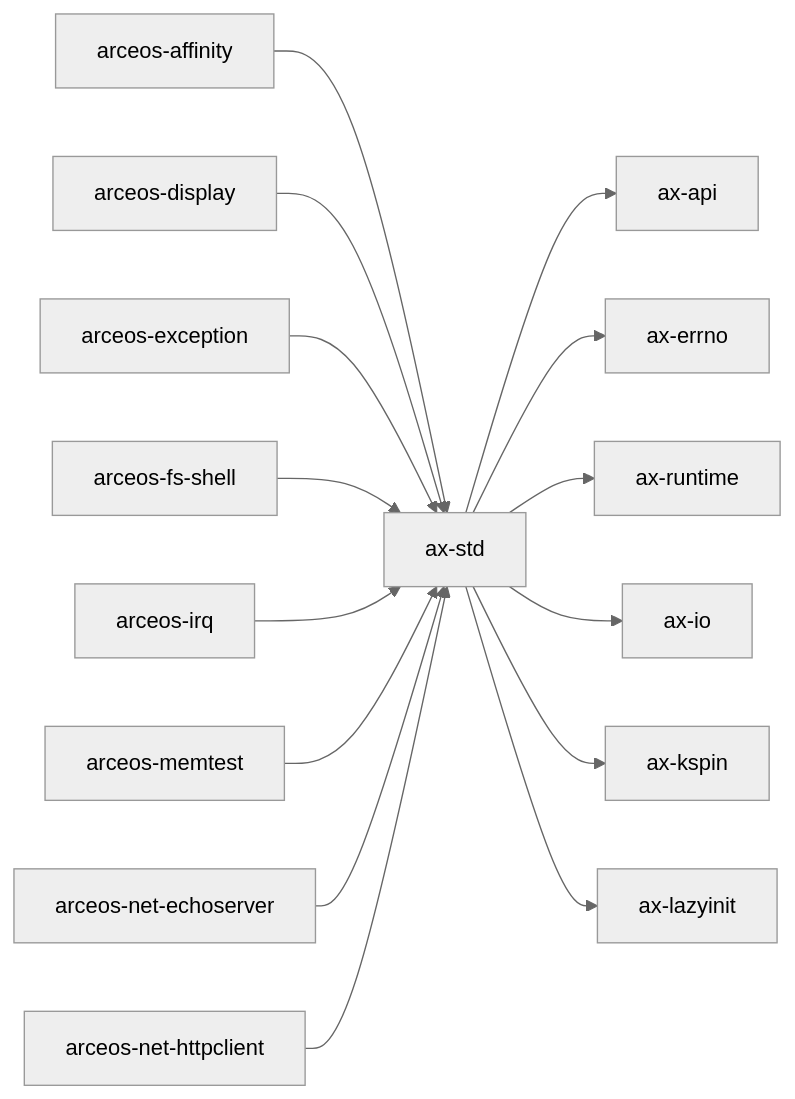
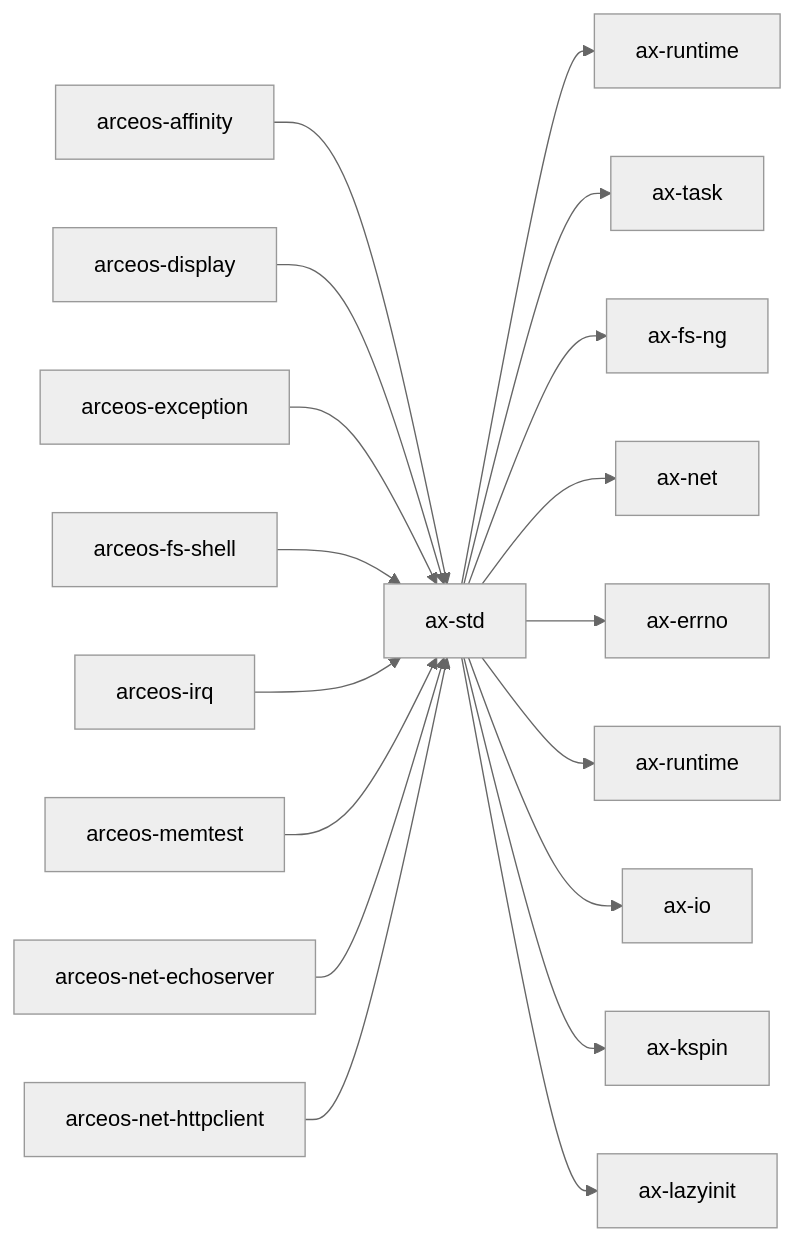
One commit to rcore-os/tgoskits changed the diagram in docs/docs/components/crates/ax-std.md. Above: the diagram before and after it, drawn with Mermaid (neutral theme). The commit also changed other lines of this file and 130 other files, not shown here.

````diff
--- a/docs/docs/components/crates/ax-std.md
+++ b/docs/docs/components/crates/ax-std.md
@@ -39,18 +39,21 @@
 ```mermaid
 graph LR
     current["ax-std"]
-    current --> ax-api["ax-api"]
+    current --> ax_runtime["ax-runtime"]
+    current --> ax_task["ax-task"]
+    current --> ax_fs_ng["ax-fs-ng"]
+    current --> ax_net["ax-net"]
     current --> ax_errno["ax-errno"]
     current --> ax-runtime["ax-runtime"]
     current --> axio["ax-io"]
     current --> ax_kspin["ax-kspin"]
     current --> ax_lazyinit["ax-lazyinit"]
     arceos_affinity["arceos-affinity"] --> current
     arceos_display["arceos-display"] --> current
     arceos_exception["arceos-exception"] --> current
     arceos_fs_shell["arceos-fs-shell"] --> current
     arceos_irq["arceos-irq"] --> current
     arceos_memtest["arceos-memtest"] --> current
     arceos_net_echoserver["arceos-net-echoserver"] --> current
     arceos_net_httpclient["arceos-net-httpclient"] --> current
 ```
````
